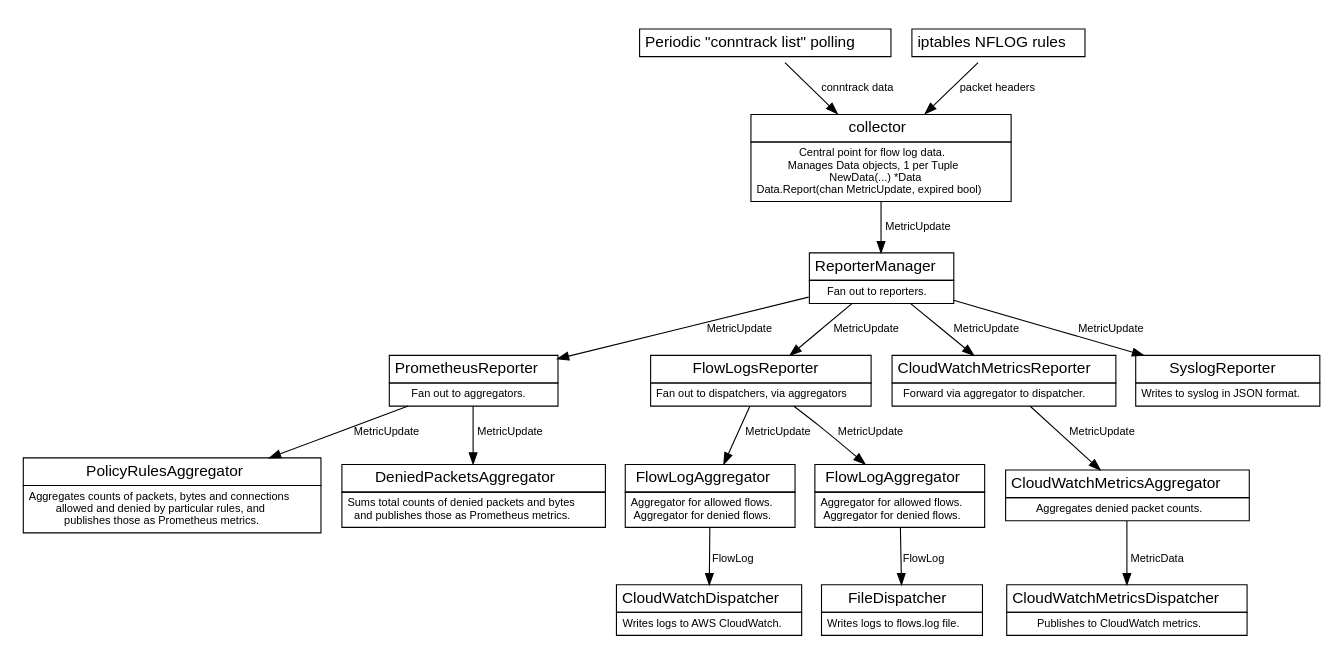
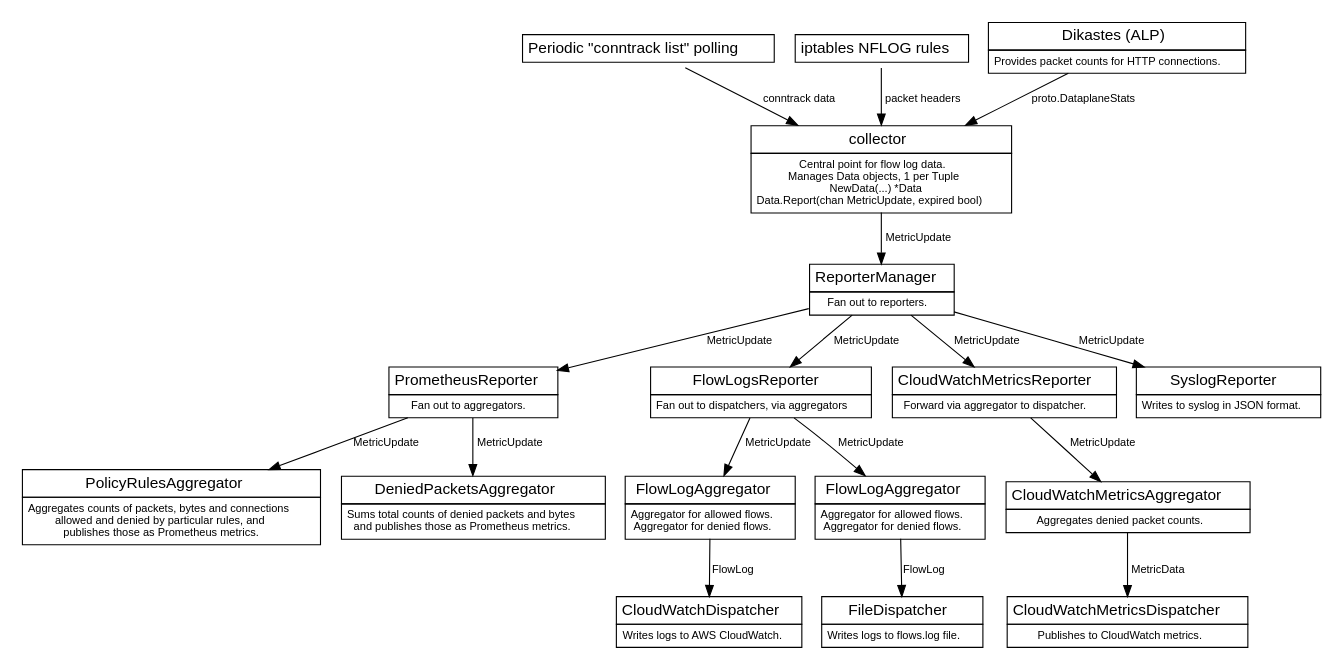
Before and after one commit to dimitri-nicolo/calico: the diagram in docs/logs.dot, drawn with Graphviz.

Commit message:
Add Dikastes to log architecture diagram

```diff
--- a/docs/logs.dot
+++ b/docs/logs.dot
@@ -1,129 +1,136 @@
 digraph G {
 size="7.5,10"
 labeljust="l"
 fontname=Helvetica;
 node [fontname=Helvetica]
 edge [fontname=Helvetica,fontsize=10]
 
 conntrack -> flCollector [label="conntrack data"];
 nflog -> flCollector [label="packet headers"];
+dikastes -> flCollector [label="proto.DataplaneStats"];
 
 flCollector -> reporterMgr [label="MetricUpdate"];
 
 reporterMgr -> prometheusReporter [label="MetricUpdate"];
 reporterMgr -> flowLogsReporter [label="MetricUpdate"];
 reporterMgr -> cloudWatchMetricsReporter [label="MetricUpdate"];
 reporterMgr -> syslogReporter [label="MetricUpdate"];
 
 prometheusReporter -> policyRulesAggregator [label="MetricUpdate"];
 prometheusReporter -> deniedPacketsAggregator [label="MetricUpdate"];
 
 flowLogsReporter -> cwlAggregators [label="MetricUpdate"];
 cwlAggregators -> cloudWatchDispatcher [label="FlowLog"];
 flowLogsReporter -> fileAggregators [label="MetricUpdate"];
 fileAggregators -> fileDispatcher [label="FlowLog"];
 
 cloudWatchMetricsReporter -> cwmAggregator [label="MetricUpdate"];
 cwmAggregator -> cwmDispatcher [label="MetricData"];
 
 flCollector [label=<<table BORDER="0" CELLBORDER="1" CELLSPACING="0" CELLPADDING="4">
           <tr><td><font point-size="14">collector</font></td></tr>
           <tr><td><font point-size="10">Central point for flow log data.<br/>
 Manages Data objects, 1 per Tuple<br/>
 NewData(...) *Data<br/>
 Data.Report(chan MetricUpdate, expired bool)<br/>
 </font></td></tr>
         </table>>, shape=none, margin=0];
 
 reporterMgr [label=<<table BORDER="0" CELLBORDER="1" CELLSPACING="0" CELLPADDING="4">
           <tr><td><font point-size="14">ReporterManager</font></td></tr>
           <tr><td><font point-size="10">Fan out to reporters.<br/>
 </font></td></tr>
         </table>>, shape=none, margin=0];
 
 prometheusReporter [label=<<table BORDER="0" CELLBORDER="1" CELLSPACING="0" CELLPADDING="4">
           <tr><td><font point-size="14">PrometheusReporter</font></td></tr>
           <tr><td><font point-size="10">Fan out to aggregators.<br/>
 </font></td></tr>
         </table>>, shape=none, margin=0];
 
 flowLogsReporter [label=<<table BORDER="0" CELLBORDER="1" CELLSPACING="0" CELLPADDING="4">
           <tr><td><font point-size="14">FlowLogsReporter</font></td></tr>
           <tr><td><font point-size="10">Fan out to dispatchers, via aggregators<br/>
 </font></td></tr>
         </table>>, shape=none, margin=0];
 
 cloudWatchMetricsReporter [label=<<table BORDER="0" CELLBORDER="1" CELLSPACING="0" CELLPADDING="4">
           <tr><td><font point-size="14">CloudWatchMetricsReporter</font></td></tr>
           <tr><td><font point-size="10">Forward via aggregator to dispatcher.<br/>
 </font></td></tr>
         </table>>, shape=none, margin=0];
 
 syslogReporter [label=<<table BORDER="0" CELLBORDER="1" CELLSPACING="0" CELLPADDING="4">
           <tr><td><font point-size="14">SyslogReporter</font></td></tr>
           <tr><td><font point-size="10">Writes to syslog in JSON format.<br/>
 </font></td></tr>
         </table>>, shape=none, margin=0];
 
 policyRulesAggregator [label=<<table BORDER="0" CELLBORDER="1" CELLSPACING="0" CELLPADDING="4">
           <tr><td><font point-size="14">PolicyRulesAggregator</font></td></tr>
           <tr><td><font point-size="10">Aggregates counts of packets, bytes and connections<br/>
 allowed and denied by particular rules, and<br/>
 publishes those as Prometheus metrics.
 </font></td></tr>
         </table>>, shape=none, margin=0];
 
 deniedPacketsAggregator [label=<<table BORDER="0" CELLBORDER="1" CELLSPACING="0" CELLPADDING="4">
           <tr><td><font point-size="14">DeniedPacketsAggregator</font></td></tr>
           <tr><td><font point-size="10">Sums total counts of denied packets and bytes<br/>
 and publishes those as Prometheus metrics.
 </font></td></tr>
         </table>>, shape=none, margin=0];
 
 cwlAggregators [label=<<table BORDER="0" CELLBORDER="1" CELLSPACING="0" CELLPADDING="4">
           <tr><td><font point-size="14">FlowLogAggregator</font></td></tr>
           <tr><td><font point-size="10">Aggregator for allowed flows.<br/>
 Aggregator for denied flows.
 </font></td></tr>
         </table>>, shape=none, margin=0];
 
 fileAggregators [label=<<table BORDER="0" CELLBORDER="1" CELLSPACING="0" CELLPADDING="4">
           <tr><td><font point-size="14">FlowLogAggregator</font></td></tr>
           <tr><td><font point-size="10">Aggregator for allowed flows.<br/>
 Aggregator for denied flows.
 </font></td></tr>
         </table>>, shape=none, margin=0];
 
 cloudWatchDispatcher [label=<<table BORDER="0" CELLBORDER="1" CELLSPACING="0" CELLPADDING="4">
           <tr><td><font point-size="14">CloudWatchDispatcher</font></td></tr>
           <tr><td><font point-size="10">Writes logs to AWS CloudWatch.<br/>
 </font></td></tr>
         </table>>, shape=none, margin=0];
 
 fileDispatcher [label=<<table BORDER="0" CELLBORDER="1" CELLSPACING="0" CELLPADDING="4">
           <tr><td><font point-size="14">FileDispatcher</font></td></tr>
           <tr><td><font point-size="10">Writes logs to flows.log file.<br/>
 </font></td></tr>
         </table>>, shape=none, margin=0];
 
 cwmAggregator [label=<<table BORDER="0" CELLBORDER="1" CELLSPACING="0" CELLPADDING="4">
           <tr><td><font point-size="14">CloudWatchMetricsAggregator</font></td></tr>
           <tr><td><font point-size="10">Aggregates denied packet counts.<br/>
 </font></td></tr>
         </table>>, shape=none, margin=0];
 
 cwmDispatcher [label=<<table BORDER="0" CELLBORDER="1" CELLSPACING="0" CELLPADDING="4">
           <tr><td><font point-size="14">CloudWatchMetricsDispatcher</font></td></tr>
           <tr><td><font point-size="10">Publishes to CloudWatch metrics.<br/>
 </font></td></tr>
         </table>>, shape=none, margin=0];
 
 conntrack [label=<<table BORDER="0" CELLBORDER="1" CELLSPACING="0" CELLPADDING="4">
           <tr><td><font point-size="14">Periodic "conntrack list" polling</font></td></tr>
         </table>>, shape=none, margin=0];
 
 nflog [label=<<table BORDER="0" CELLBORDER="1" CELLSPACING="0" CELLPADDING="4">
           <tr><td><font point-size="14">iptables NFLOG rules</font></td></tr>
         </table>>, shape=none, margin=0];
 
+dikastes [label=<<table BORDER="0" CELLBORDER="1" CELLSPACING="0" CELLPADDING="4">
+          <tr><td><font point-size="14">Dikastes (ALP)</font></td></tr>
+          <tr><td><font point-size="10">Provides packet counts for HTTP connections.<br/>
+</font></td></tr>
+        </table>>, shape=none, margin=0];
+
 }
```
